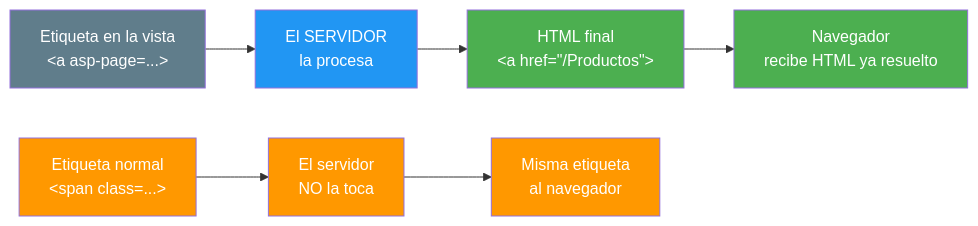
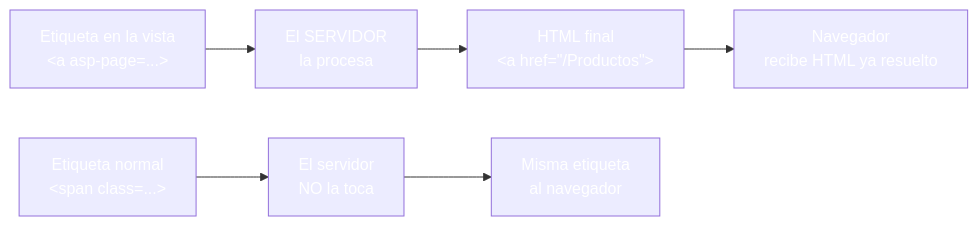
The first of 5 diagrams in 06-taghelpers.md (joseluisgs/DesarrolloWebEntornosServidor-03-2026-2027), drawn with Mermaid before and after one commit. The commit also changed other lines of this file and 30 other files, not shown here.

````diff
--- a/06-taghelpers.md
+++ b/06-taghelpers.md
@@ -49,17 +49,17 @@
 ```mermaid
 graph LR
     A["Etiqueta en la vista<br/>&lt;a asp-page=...&gt;"] --> B["El SERVIDOR<br/>la procesa"]
     B --> C["HTML final<br/>&lt;a href=&quot;/Productos&quot;&gt;"]
     C --> D["Navegador<br/>recibe HTML ya resuelto"]
 
     E["Etiqueta normal<br/>&lt;span class=...&gt;"] --> F["El servidor<br/>NO la toca"]
     F --> G["Misma etiqueta<br/>al navegador"]
 
-    style A fill:#607D8B,color:#fff
-    style B fill:#2196F3,color:#fff
-    style C fill:#4CAF50,color:#fff
-    style D fill:#4CAF50,color:#fff
-    style E fill:#FF9800,color:#fff
-    style F fill:#FF9800,color:#fff
-    style G fill:#FF9800,color:#fff
+    style A fill:#607D8,color:#fffB,color:#fff
+    style B fill:#2196F,color:#fff3,color:#fff
+    style C fill:#4CAF5,color:#fff0,color:#fff
+    style D fill:#4CAF5,color:#fff0,color:#fff
+    style E fill:#FF980,color:#fff0,color:#fff
+    style F fill:#FF980,color:#fff0,color:#fff
+    style G fill:#FF980,color:#fff0,color:#fff
 ```
````
